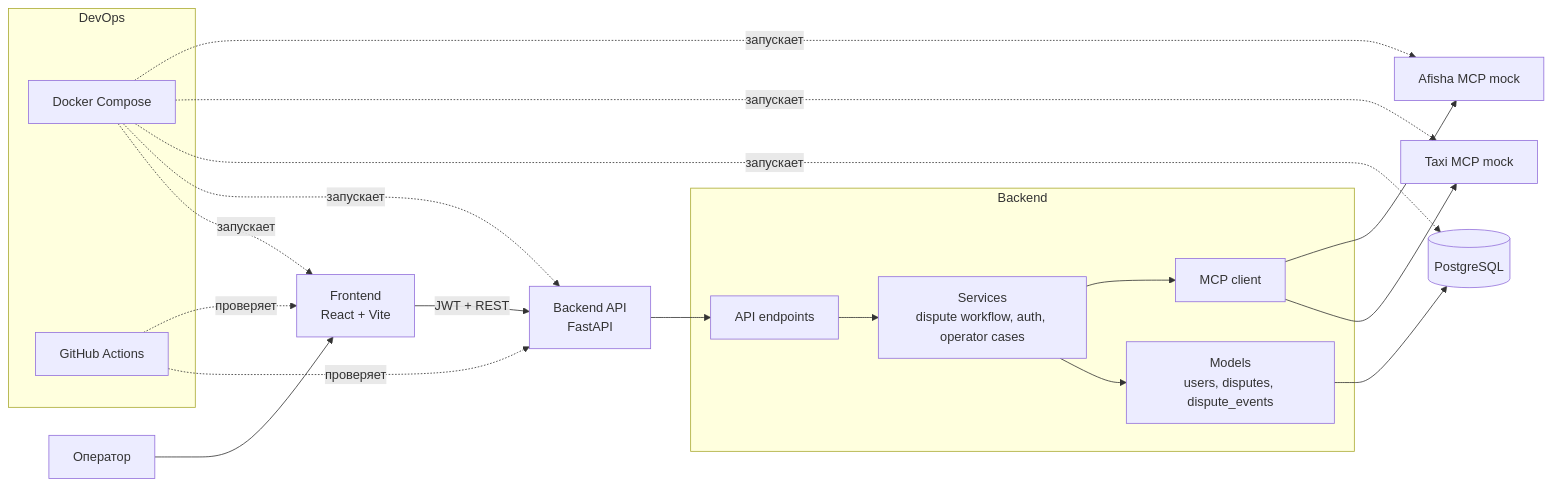
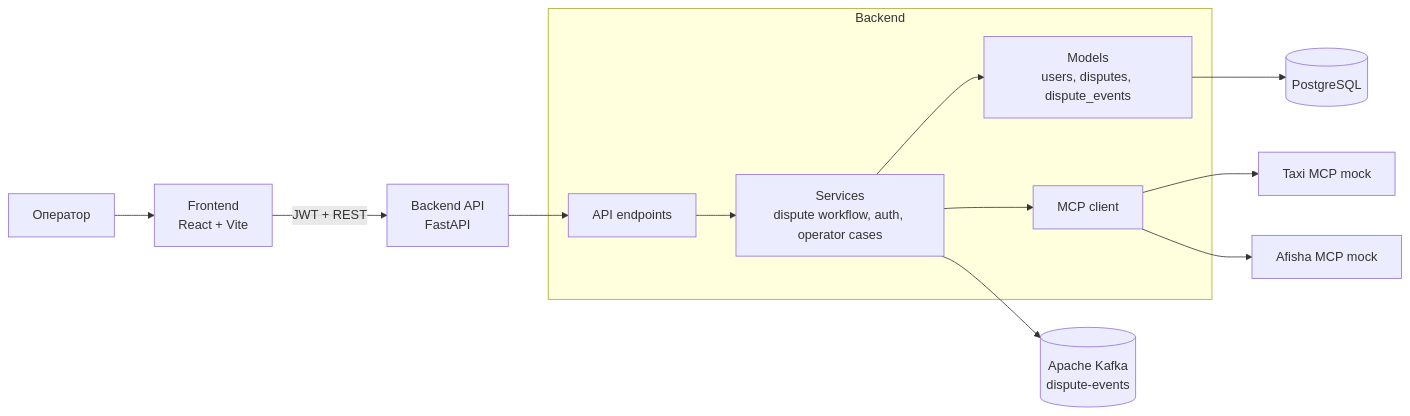
Before and after one commit to BHEMBD-25-PP-1/dispute-mcp-processing: the diagram in README.md, drawn with Mermaid. The commit also changed other lines of this file and 8 other files, not shown here.

````diff
--- a/README.md
+++ b/README.md
@@ -207,34 +207,23 @@
 ```mermaid
 flowchart LR
     Operator[Оператор] --> Frontend[Frontend<br/>React + Vite]
     Frontend -->|JWT + REST| Backend[Backend API<br/>FastAPI]
 
     subgraph BackendApp[Backend]
         Api[API endpoints]
         Services[Services<br/>dispute workflow, auth, operator cases]
         Models[Models<br/>users, disputes, dispute_events]
         McpClient[MCP client]
     end
 
     Backend --> Api
     Api --> Services
     Services --> Models
     Services --> McpClient
 
     Models --> Postgres[(PostgreSQL)]
+    Services --> Kafka[(Apache Kafka<br/>dispute-events)]
     McpClient --> Taxi[Taxi MCP mock]
     McpClient --> Afisha[Afisha MCP mock]
 
-    subgraph DevOps[DevOps]
-        Compose[Docker Compose]
-        CI[GitHub Actions]
-    end
-
-    Compose -. запускает .-> Frontend
-    Compose -. запускает .-> Backend
-    Compose -. запускает .-> Postgres
-    Compose -. запускает .-> Taxi
-    Compose -. запускает .-> Afisha
-    CI -. проверяет .-> Backend
-    CI -. проверяет .-> Frontend
 ```
````
